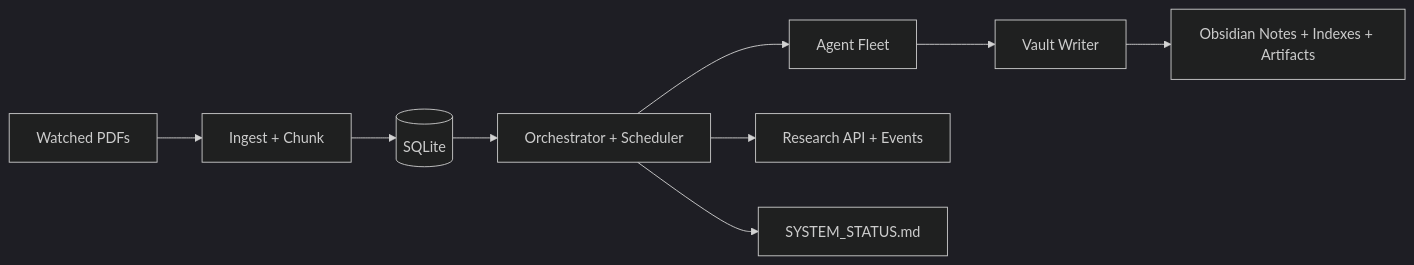
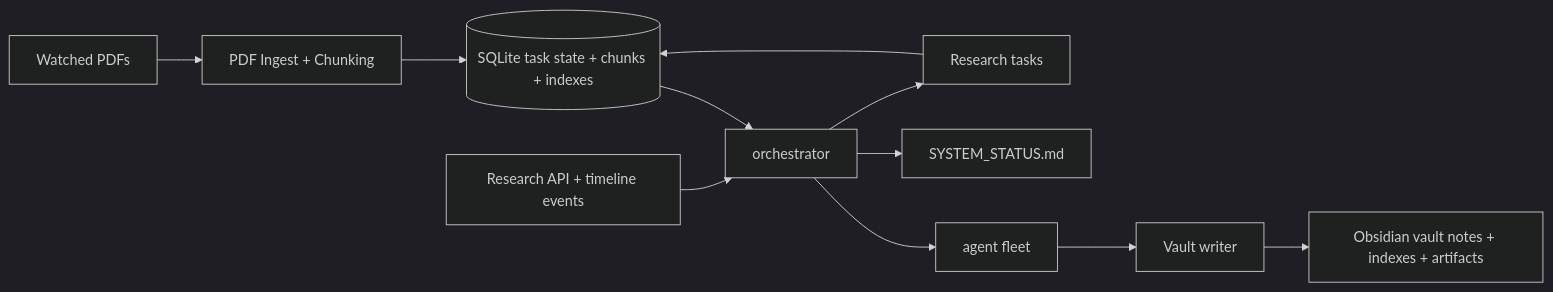
The first of 2 diagrams in README.md (Rah-Rah-Mitra/Information-Lab), drawn with Mermaid (dark theme) before and after one commit. The commit also changed other lines of this file, not shown here.

Commit message:
docs: add architecture and research pipeline mermaid diagrams

````diff
--- a/README.md
+++ b/README.md
@@ -57,11 +57,13 @@
 ```mermaid
 flowchart LR
-    PDF[Watched PDFs] --> INGEST[Ingest + Chunk]
-    INGEST --> DB[(SQLite)]
-    DB --> ORCH[Orchestrator + Scheduler]
-    ORCH --> AGENTS[Agent Fleet]
-    AGENTS --> VAULT[Vault Writer]
-    VAULT --> OBS[Obsidian Notes + Indexes + Artifacts]
-    ORCH --> API[Research API + Events]
+    PDF[Watched PDFs] --> INGEST[PDF Ingest + Chunking]
+    INGEST --> DB[(SQLite task state + chunks + indexes)]
+    DB --> ORCH[orchestrator]
+    API[Research API + timeline events] --> ORCH
+    ORCH --> FLEET[agent fleet]
+    FLEET --> VAULT[Vault writer]
+    VAULT --> OBS[Obsidian vault notes + indexes + artifacts]
     ORCH --> STATUS[SYSTEM_STATUS.md]
+    ORCH --> RTASKS[Research tasks]
+    RTASKS --> DB
 ```
````
